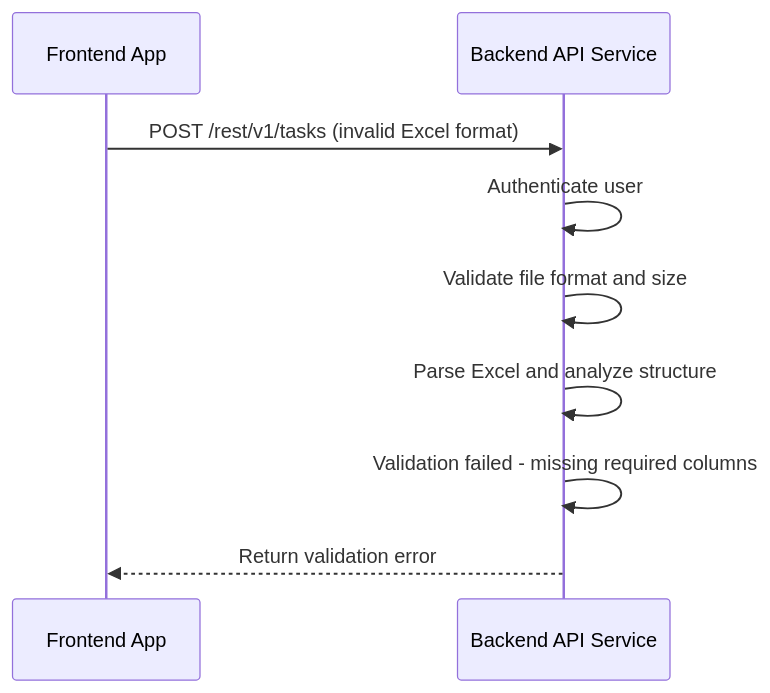
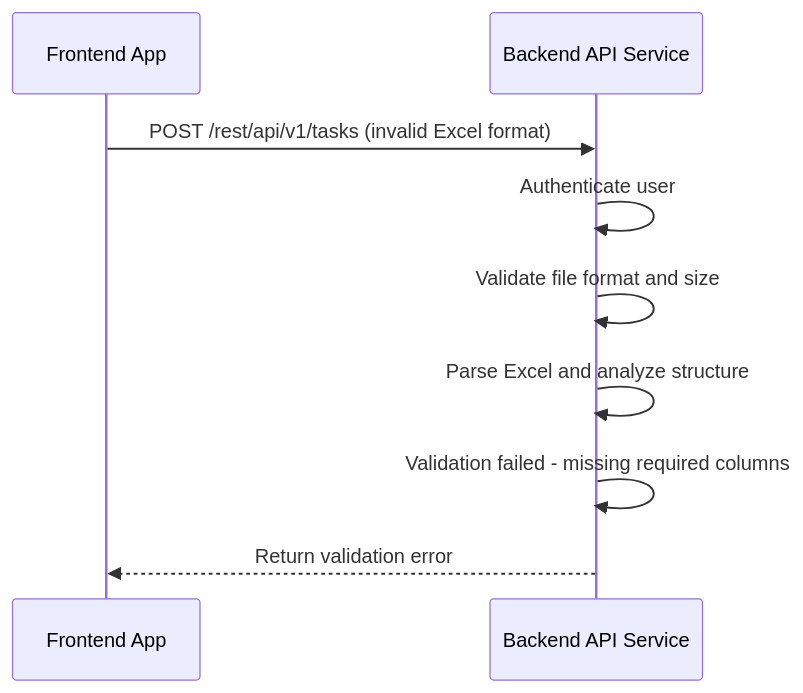
One commit to andrewhzy/SpringHttpClientDataJpaDemo changed the second of 9 diagrams in docs/sequence-diagrams-api-handling.md. Above: the diagram before and after it, drawn with Mermaid. The commit also changed other lines of this file and 8 other files, not shown here.

````diff
--- a/docs/sequence-diagrams-api-handling.md
+++ b/docs/sequence-diagrams-api-handling.md
@@ -55,12 +55,12 @@
 ```mermaid
 sequenceDiagram
     participant FE as Frontend App
     participant API as Backend API Service
     
-    FE->>API: POST /rest/v1/tasks (invalid Excel format)
+    FE->>API: POST /rest/api/v1/tasks (invalid Excel format)
     API->>API: Authenticate user
     API->>API: Validate file format and size
     API->>API: Parse Excel and analyze structure
     API->>API: Validation failed - missing required columns
     API-->>FE: Return validation error
 ```
````
